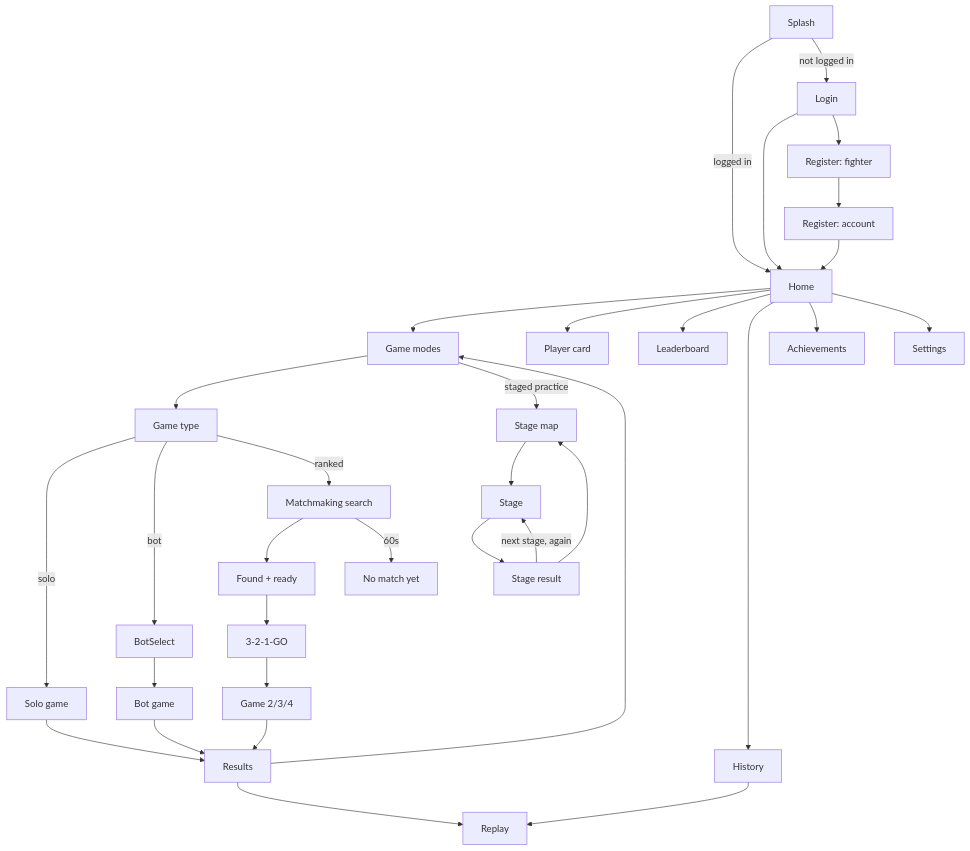
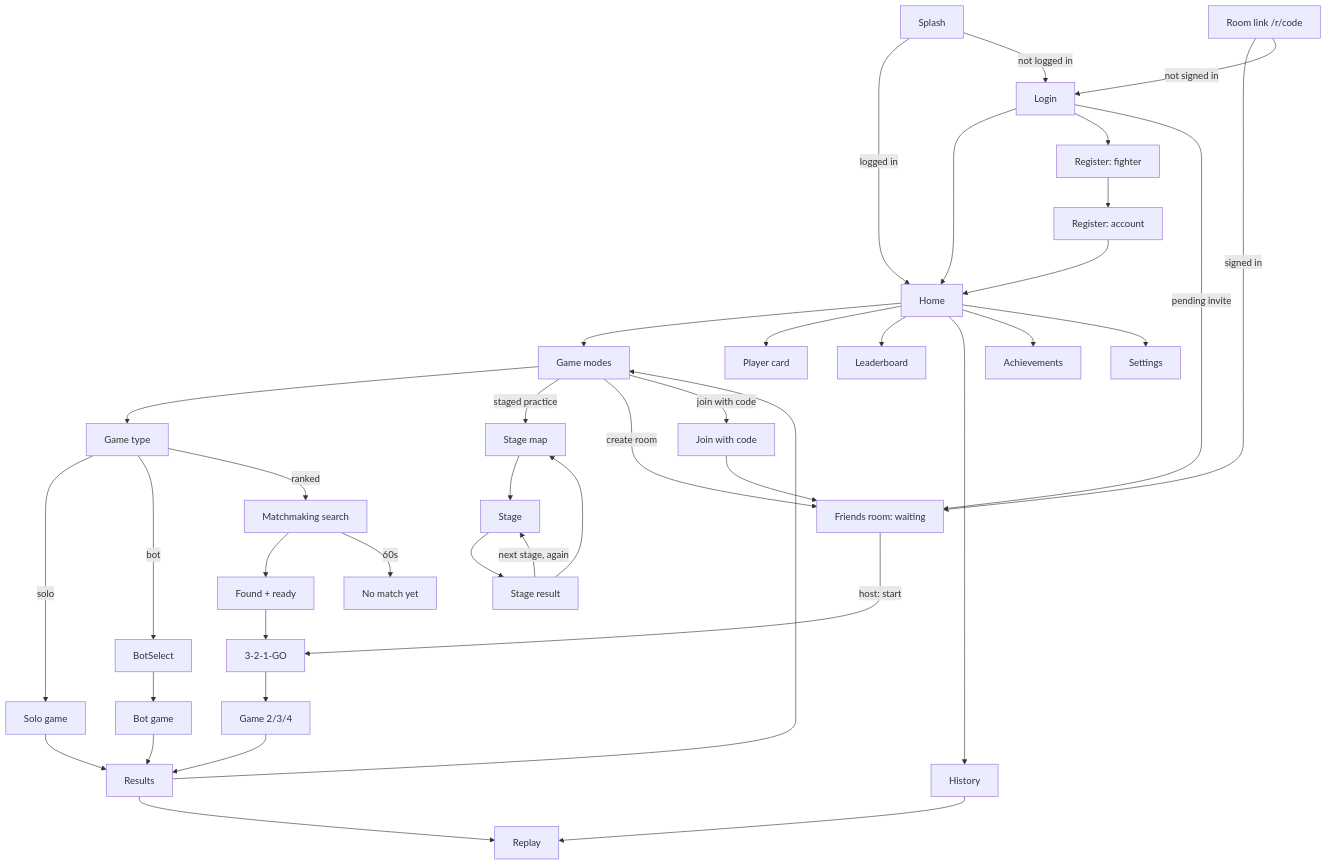
Before and after one commit to glaz5593/sudokufight: the diagram in docs/01-SPEC.md, drawn with Mermaid. The commit also changed other lines of this file and 231 other files, not shown here.

First line of the commit message:
Friends room and stealth bot (off); version 1.0.4

````diff
--- a/docs/01-SPEC.md
+++ b/docs/01-SPEC.md
@@ -283,29 +298,35 @@
 ```mermaid
 flowchart TD
   Splash -->|logged in| Home
   Splash -->|not logged in| Login
   Login --> Home
   Login --> RegFighter[Register: fighter] --> RegAccount[Register: account] --> Home
   Home --> Modes[Game modes]
   Home --> Profile[Player card]
   Home --> Leaderboard
   Home --> History
   Home --> Progress[Achievements]
   Home --> Settings
   Modes --> GameType[Game type]
   GameType -->|solo| GameSolo[Solo game]
   GameType -->|bot| BotSelect --> GameBot[Bot game]
   GameType -->|ranked| Search[Matchmaking search] --> Found[Found + ready] --> Countdown[3-2-1-GO] --> Game[Game 2/3/4]
   Search -->|60s| Timeout[No match yet]
   Game --> Results
   GameSolo --> Results
   GameBot --> Results
   Results --> Replay
   Results --> Modes
   History --> Replay
   Modes -->|staged practice| LevelMap[Stage map]
   LevelMap --> Level[Stage]
   Level --> LevelResult[Stage result]
   LevelResult --> LevelMap
   LevelResult -->|next stage, again| Level
+  Modes -->|create room| FriendsRoom[Friends room: waiting]
+  Modes -->|join with code| FriendsJoin[Join with code] --> FriendsRoom
+  RoomLink[Room link /r/code] -->|signed in| FriendsRoom
+  RoomLink -->|not signed in| Login
+  Login -->|pending invite| FriendsRoom
+  FriendsRoom -->|host: start| Countdown
 ```
````
